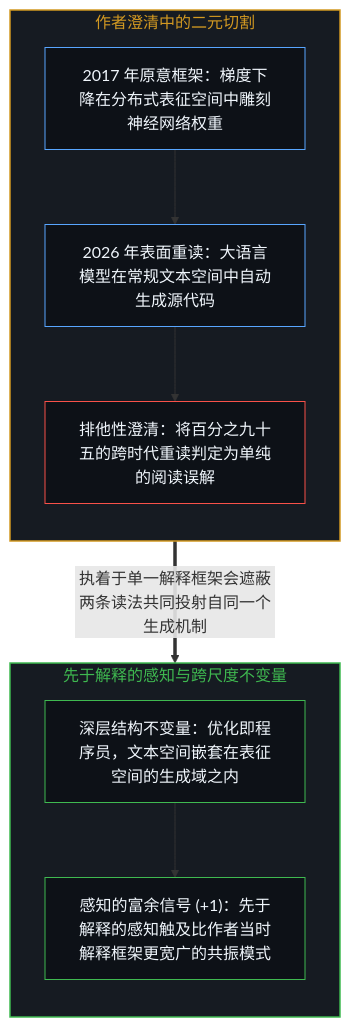
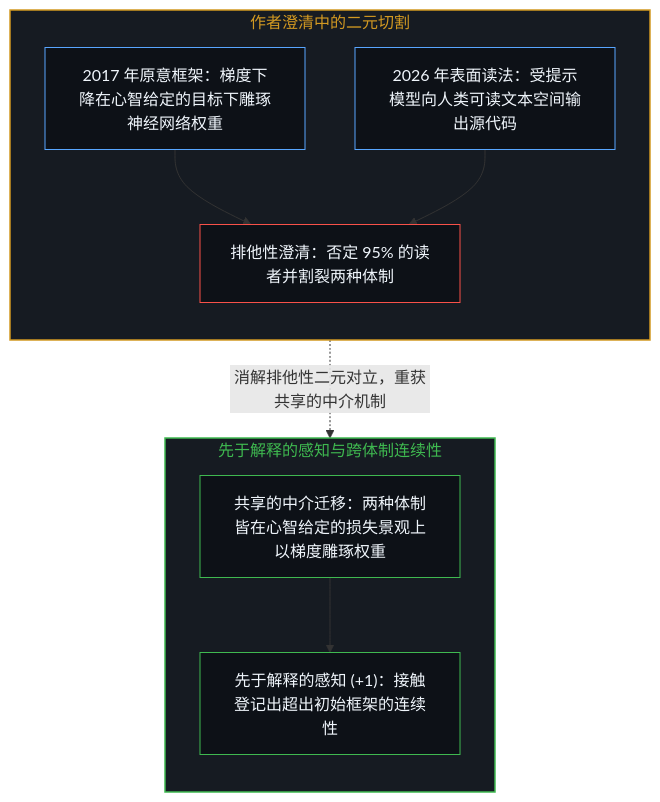
The first of 2 diagrams in content/posts/sensing-before-interpretation.md (powerpig99/not-a-toe), drawn with Mermaid before and after one commit. The commit also changed other lines of this file and 7 other files, not shown here.

````diff
--- a/content/posts/sensing-before-interpretation.md
+++ b/content/posts/sensing-before-interpretation.md
@@ -17,24 +17,25 @@
 ```mermaid
 flowchart TD
     subgraph S_Split["作者澄清中的二元切割"]
         direction TB
-        Intent2017["2017 年原意框架：梯度下降在分布式表征空间中雕刻神经网络权重"]
-        Read2026["2026 年表面重读：大语言模型在常规文本空间中自动生成源代码"]
-        Exclude["排他性澄清：将百分之九十五的跨时代重读判定为单纯的阅读误解"]
-        Intent2017 --> Read2026 --> Exclude
+        Intent2017["2017 年原意框架：梯度下降在心智给定的目标下雕琢神经网络权重"]
+        Read2026["2026 年表面读法：受提示模型向人类可读文本空间输出源代码"]
+        Exclude["排他性澄清：否定 95% 的读者并割裂两种体制"]
+        Intent2017 --> Exclude
+        Read2026 --> Exclude
     end
-    subgraph S_Sense["先于解释的感知与跨尺度不变量"]
+    subgraph S_Sense["先于解释的感知与跨体制连续性"]
         direction TB
-        Invariant["深层结构不变量：优化即程序员，文本空间嵌套在表征空间的生成域之内"]
-        Excess["感知的富余信号 (+1)：先于解释的感知触及比作者当时解释框架更宽广的共振模式"]
+        Invariant["共享的中介迁移：两种体制皆在心智给定的损失景观上以梯度雕琢权重"]
+        Excess["先于解释的感知 (+1)：接触登记出超出初始框架的连续性"]
         Invariant --> Excess
     end
-    Exclude ==>|"执着于单一解释框架会遮蔽两条读法共同投射自同一个生成机制"| Invariant
+    Exclude -.->|"消解排他性二元对立，重获共享的中介机制"| Invariant
     style S_Split fill:#161b22,stroke:#d29922,stroke-width:1.5px,color:#d29922
     style S_Sense fill:#161b22,stroke:#3fb950,stroke-width:1.5px,color:#3fb950
     style Intent2017 fill:#0d1117,stroke:#58a6ff,stroke-width:1px,color:#f0f6fc
     style Read2026 fill:#0d1117,stroke:#58a6ff,stroke-width:1px,color:#f0f6fc
     style Exclude fill:#0d1117,stroke:#f85149,stroke-width:1px,color:#f0f6fc
     style Invariant fill:#0d1117,stroke:#3fb950,stroke-width:1px,color:#f0f6fc
     style Excess fill:#0d1117,stroke:#3fb950,stroke-width:1px,color:#f0f6fc
 ```
````
